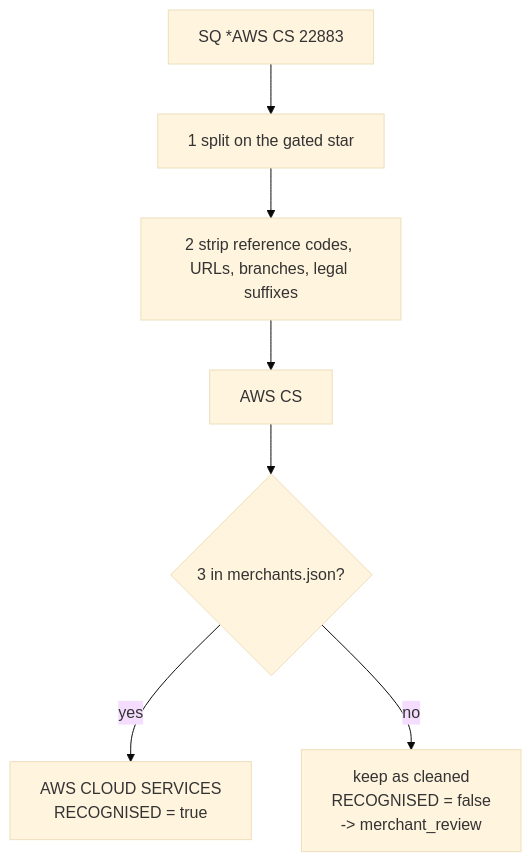
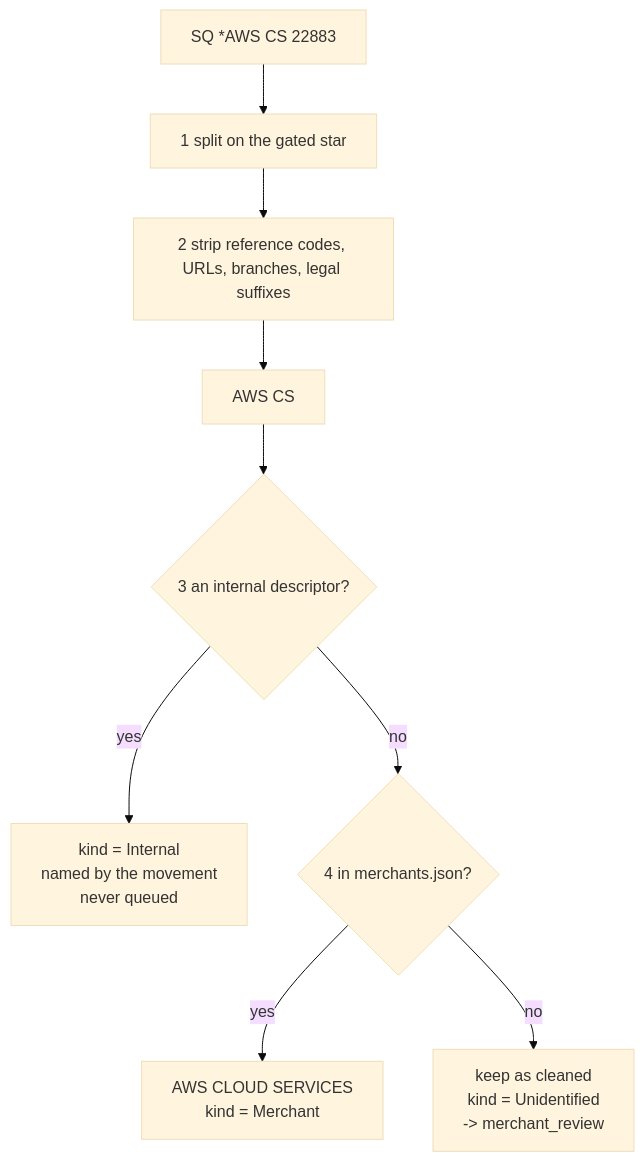
Before and after one commit to jam-makh/clean_data_task: the second of 3 diagrams in ARCHITECTURE.md, drawn with Mermaid (base theme). The commit also changed other lines of this file and 28 other files, not shown here.

````diff
--- a/ARCHITECTURE.md
+++ b/ARCHITECTURE.md
@@ -336,9 +350,11 @@
 ```mermaid
 flowchart TD
     A["SQ *AWS CS  22883"] --> B[1 split on the gated star]
     B --> C[2 strip reference codes, URLs, branches, legal suffixes]
     C --> D["AWS CS"]
-    D --> E{3 in merchants.json?}
-    E -- yes --> F["AWS CLOUD SERVICES<br/>RECOGNISED = true"]
-    E -- no --> G["keep as cleaned<br/>RECOGNISED = false<br/>-> merchant_review"]
+    D --> N{3 an internal descriptor?}
+    N -- yes --> P["kind = Internal<br/>named by the movement<br/>never queued"]
+    N -- no --> E{4 in merchants.json?}
+    E -- yes --> F["AWS CLOUD SERVICES<br/>kind = Merchant"]
+    E -- no --> G["keep as cleaned<br/>kind = Unidentified<br/>-> merchant_review"]
 ```
````
